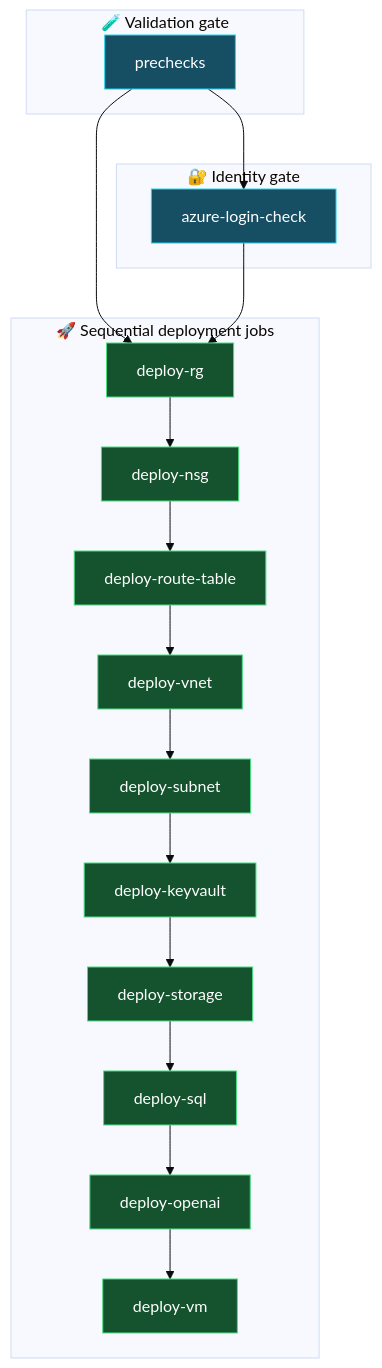
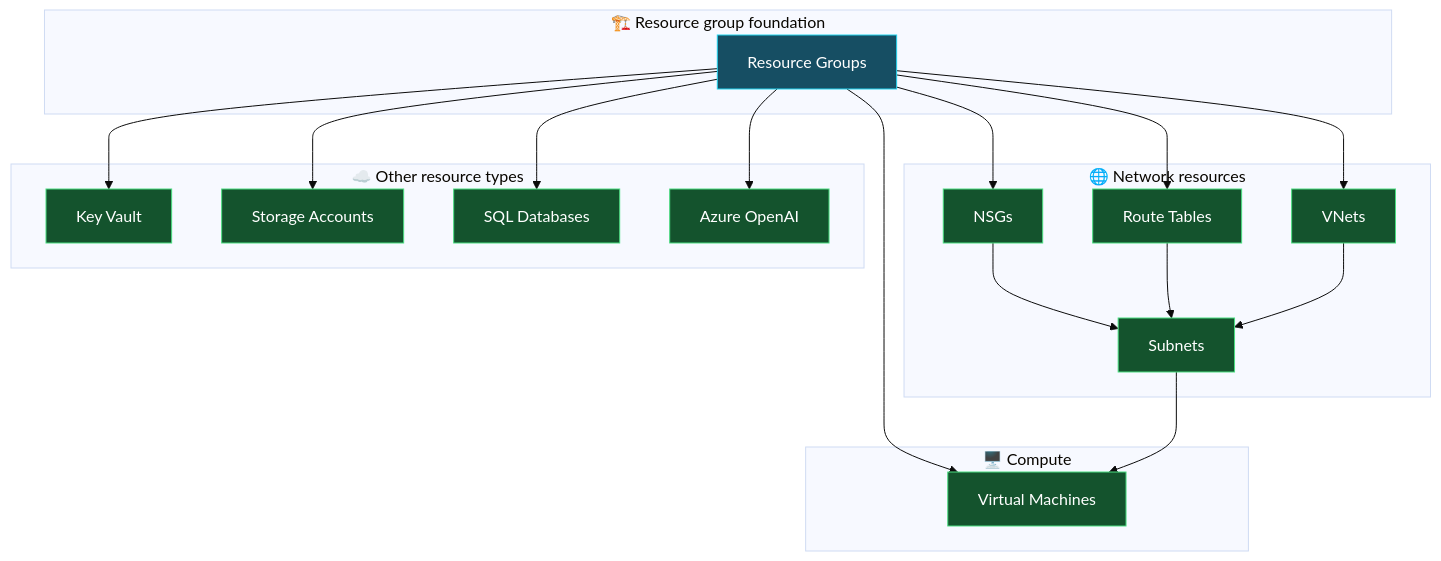
Before and after one commit to PROMETHEUS-N/BIFROST: the third of 3 diagrams in README.md, drawn with Mermaid (base theme). The commit also changed other lines of this file, not shown here.

Commit message:
docs: align CI/CD diagrams with resilient orchestration

````diff
--- a/README.md
+++ b/README.md
@@ -162,34 +170,42 @@
 ```mermaid
 flowchart TD
-    subgraph VALIDATION["🧪 Validation gate"]
-        P["prechecks"]
+    subgraph BASE["🏗️ Resource group foundation"]
+        RG["Resource Groups"]
     end
 
-    subgraph IDENTITY["🔐 Identity gate"]
-        A["azure-login-check"]
+    subgraph NETWORK["🌐 Network resources"]
+        NSG["NSGs"]
+        RT["Route Tables"]
+        VNET["VNets"]
+        SUBNET["Subnets"]
+        NSG --> SUBNET
+        RT --> SUBNET
+        VNET --> SUBNET
     end
 
-    subgraph ORDERED_DEPLOYMENT["🚀 Sequential deployment jobs"]
-        RG["deploy-rg"]
-        NSG["deploy-nsg"]
-        RT["deploy-route-table"]
-        VN["deploy-vnet"]
-        SN["deploy-subnet"]
-        KV["deploy-keyvault"]
-        ST["deploy-storage"]
-        SQL["deploy-sql"]
-        OAI["deploy-openai"]
-        VM["deploy-vm"]
-
-        RG --> NSG --> RT --> VN --> SN --> KV --> ST --> SQL --> OAI --> VM
+    subgraph INDEPENDENT["☁️ Other resource types"]
+        KV["Key Vault"]
+        STORAGE["Storage Accounts"]
+        SQL["SQL Databases"]
+        OAI["Azure OpenAI"]
     end
 
-    P --> A
-    P --> RG
-    A --> RG
+    subgraph COMPUTE["🖥️ Compute"]
+        VM["Virtual Machines"]
+    end
 
-    classDef gate fill:#164e63,color:#fff,stroke:#22d3ee
-    classDef job fill:#14532d,color:#fff,stroke:#4ade80
-    class P,A gate
-    class RG,NSG,RT,VN,SN,KV,ST,SQL,OAI,VM job
+    RG --> NSG
+    RG --> RT
+    RG --> VNET
+    RG --> KV
+    RG --> STORAGE
+    RG --> SQL
+    RG --> OAI
+    RG --> VM
+    SUBNET --> VM
+
+    classDef foundation fill:#164e63,color:#fff,stroke:#22d3ee
+    classDef resource fill:#14532d,color:#fff,stroke:#4ade80
+    class RG foundation
+    class NSG,RT,VNET,SUBNET,KV,STORAGE,SQL,OAI,VM resource
 ```
````
